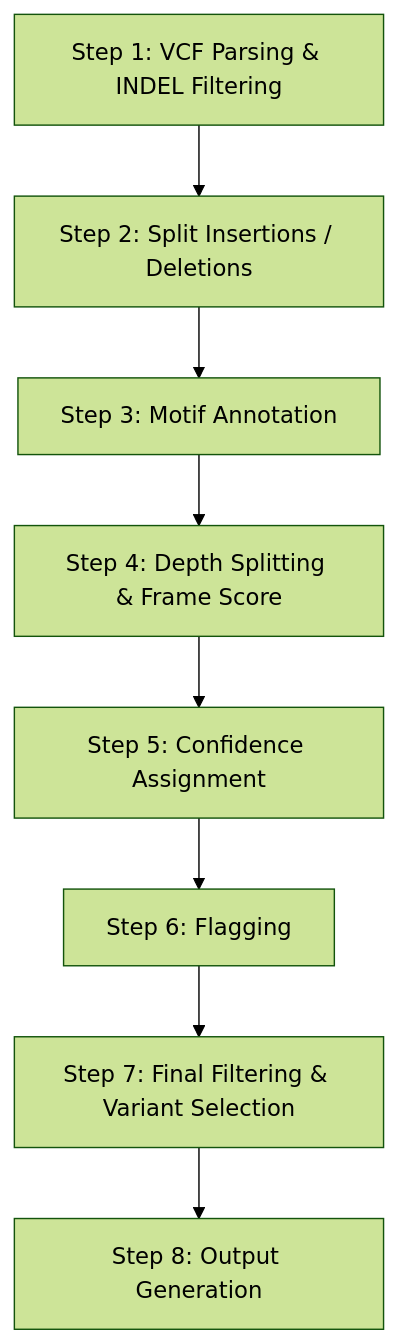
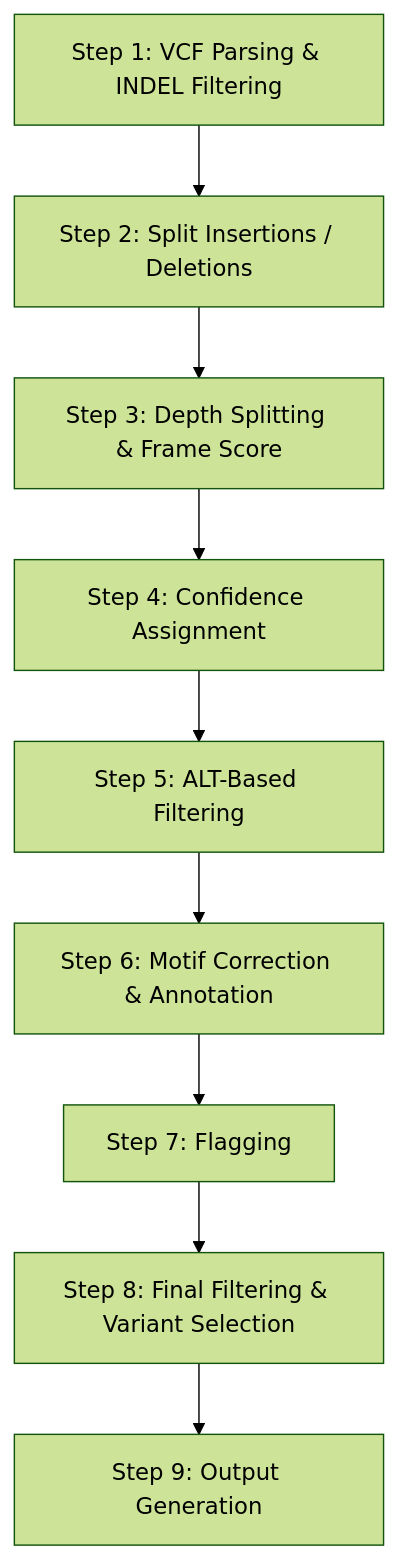
Before and after one commit to hassansaei/VNtyper: the diagram in docs/pipeline/kestrel.md, drawn with Mermaid (forest theme). The commit also changed other lines of this file and 16 other files, not shown here.

````diff
--- a/docs/pipeline/kestrel.md
+++ b/docs/pipeline/kestrel.md
@@ -42,10 +42,11 @@
 ```mermaid
 flowchart TD
     S1[Step 1: VCF Parsing & INDEL Filtering] --> S2[Step 2: Split Insertions / Deletions]
-    S2 --> S3[Step 3: Motif Annotation]
-    S3 --> S4[Step 4: Depth Splitting & Frame Score]
-    S4 --> S5[Step 5: Confidence Assignment]
-    S5 --> S6[Step 6: Flagging]
-    S6 --> S7[Step 7: Final Filtering & Variant Selection]
-    S7 --> S8[Step 8: Output Generation]
+    S2 --> S3[Step 3: Depth Splitting & Frame Score]
+    S3 --> S4[Step 4: Confidence Assignment]
+    S4 --> S5[Step 5: ALT-Based Filtering]
+    S5 --> S6[Step 6: Motif Correction & Annotation]
+    S6 --> S7[Step 7: Flagging]
+    S7 --> S8[Step 8: Final Filtering & Variant Selection]
+    S8 --> S9[Step 9: Output Generation]
 ```
````
